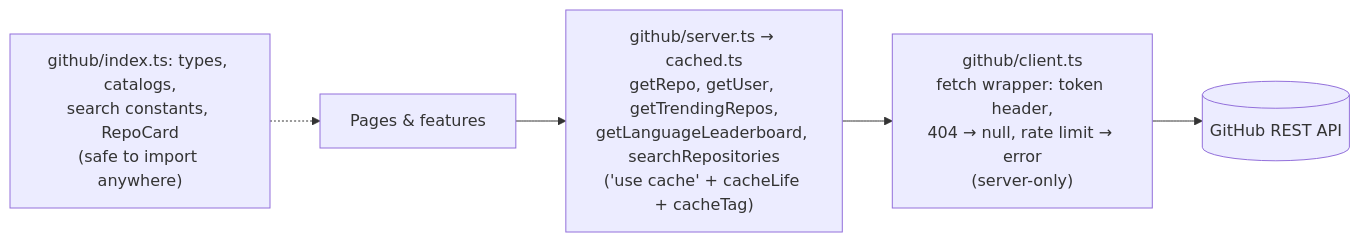
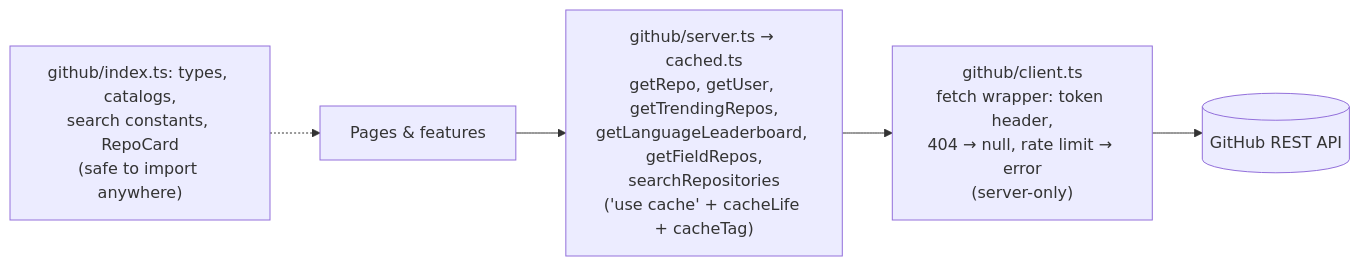
Before and after one commit to tarnishedMind/RepoRadar: the seventh of 19 diagrams in docs/ARCHITECTURE.md, drawn with Mermaid. The commit also changed other lines of this file and 55 other files, not shown here.

First line of the commit message:
Phase 3: repos by field, AI repo finder and request history (M11–M13) (#3)

````diff
--- a/docs/ARCHITECTURE.md
+++ b/docs/ARCHITECTURE.md
@@ -268,7 +272,7 @@
 ```mermaid
 flowchart LR
-  pages["Pages & features"] --> idx["github/server.ts → cached.ts<br/>getRepo, getUser, getTrendingRepos,<br/>getLanguageLeaderboard, searchRepositories<br/>('use cache' + cacheLife + cacheTag)"]
+  pages["Pages & features"] --> idx["github/server.ts → cached.ts<br/>getRepo, getUser, getTrendingRepos,<br/>getLanguageLeaderboard, getFieldRepos,<br/>searchRepositories<br/>('use cache' + cacheLife + cacheTag)"]
   idx --> client["github/client.ts<br/>fetch wrapper: token header,<br/>404 → null, rate limit → error<br/>(server-only)"]
   client --> gh[(GitHub REST API)]
   types["github/index.ts: types, catalogs,<br/>search constants, RepoCard<br/>(safe to import anywhere)"] -.-> pages
 ```
````
